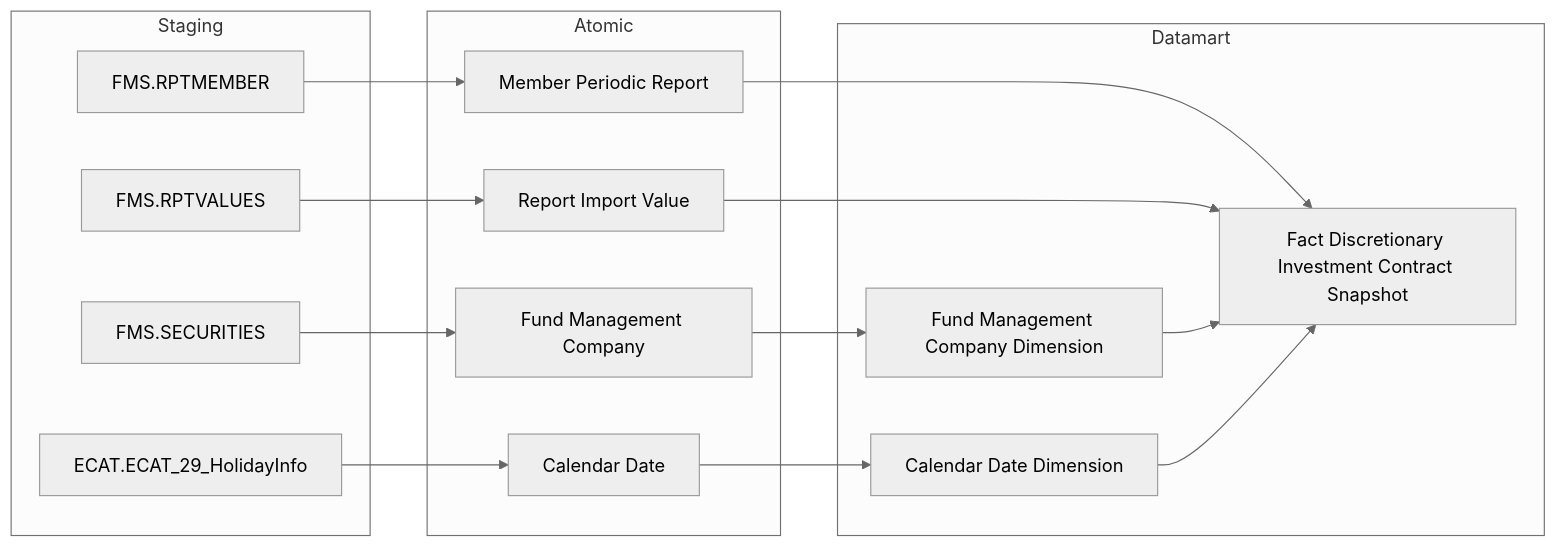
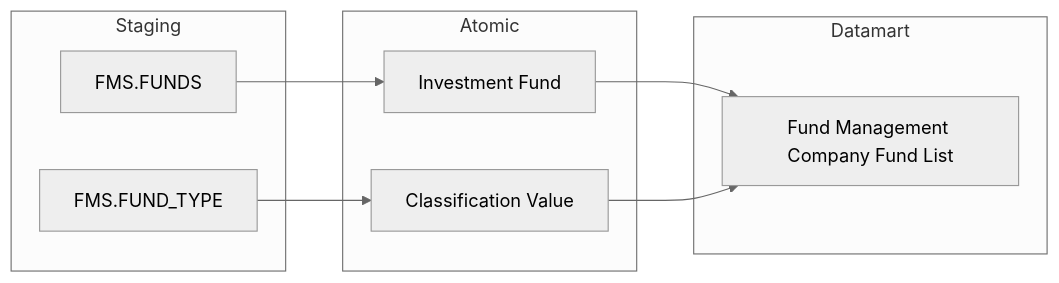
Before and after one commit to linhlvit/ubck_atomic_design: the second of 37 diagrams in Datamart/hld/DTM_FMS_HLD.md, drawn with Mermaid (neutral theme). The commit also changed other lines of this file and 5 other files, not shown here.

````diff
--- a/Datamart/hld/DTM_FMS_HLD.md
+++ b/Datamart/hld/DTM_FMS_HLD.md
@@ -59,35 +42,22 @@
 ```mermaid
 flowchart LR
     subgraph SRC["Staging"]
-        FMS_RPTMEMBER["FMS.RPTMEMBER"]
-        FMS_RPTVALUES["FMS.RPTVALUES"]
-        FMS_SECURITIES["FMS.SECURITIES"]
-        ECAT_ECAT_29_HolidayInfo["ECAT.ECAT_29_HolidayInfo"]
+        FMS_FUNDS["FMS.FUNDS"]
+        FMS_FUND_TYPE["FMS.FUND_TYPE"]
     end
 
     subgraph SIL["Atomic"]
-        Member_Periodic_Report["Member Periodic Report"]
-        Report_Import_Value["Report Import Value"]
-        Fund_Management_Company["Fund Management Company"]
-        Calendar_Date["Calendar Date"]
+        Investment_Fund["Investment Fund"]
+        Classification_Value["Classification Value"]
     end
 
     subgraph GOLD["Datamart"]
-        fct_utdm_snpst["Fact Discretionary Investment Contract Snapshot"]
-        fnd_mgt_co_dim["Fund Management Company Dimension"]
-        cdr_dt_dim["Calendar Date Dimension"]
+        fnd_mgt_co_fnd_lst["Fund Management Company Fund List"]
     end
 
-    FMS_RPTMEMBER --> Member_Periodic_Report
-    FMS_RPTVALUES --> Report_Import_Value
-    FMS_SECURITIES --> Fund_Management_Company
-    ECAT_ECAT_29_HolidayInfo --> Calendar_Date
+    FMS_FUNDS --> Investment_Fund
+    FMS_FUND_TYPE --> Classification_Value
 
-    Member_Periodic_Report --> fct_utdm_snpst
-    Report_Import_Value --> fct_utdm_snpst
-    Fund_Management_Company --> fnd_mgt_co_dim
-    Calendar_Date --> cdr_dt_dim
-
-    fnd_mgt_co_dim --> fct_utdm_snpst
-    cdr_dt_dim --> fct_utdm_snpst
+    Investment_Fund --> fnd_mgt_co_fnd_lst
+    Classification_Value --> fnd_mgt_co_fnd_lst
 ```
````
